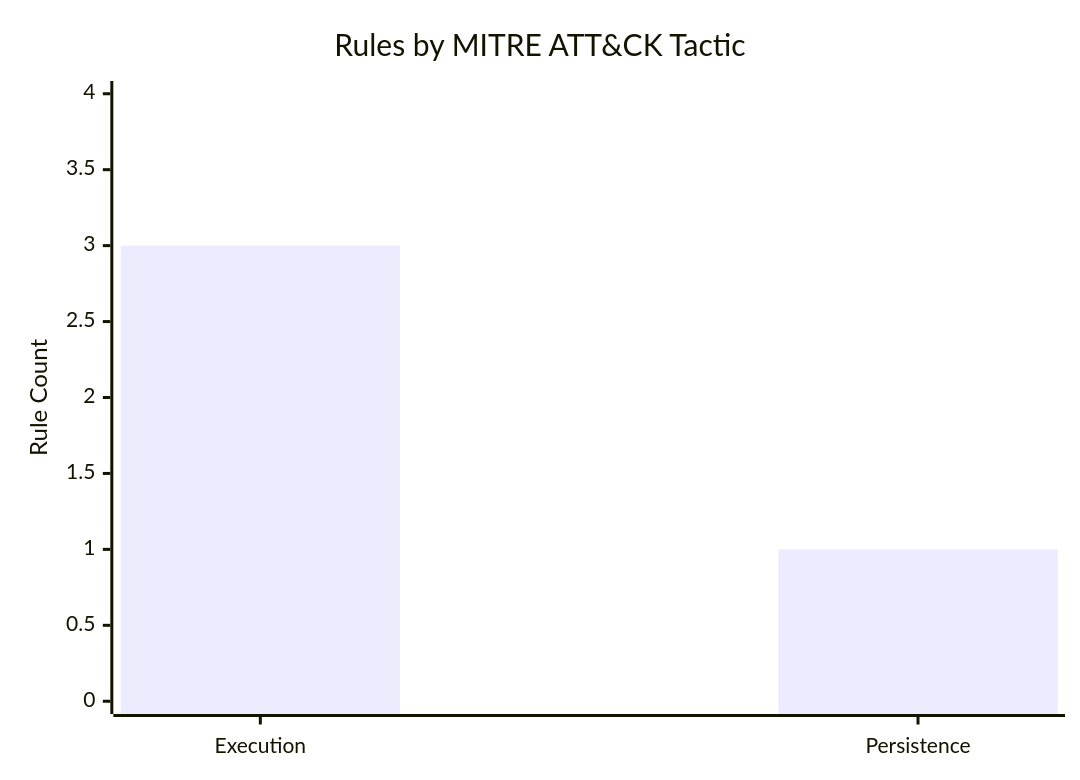
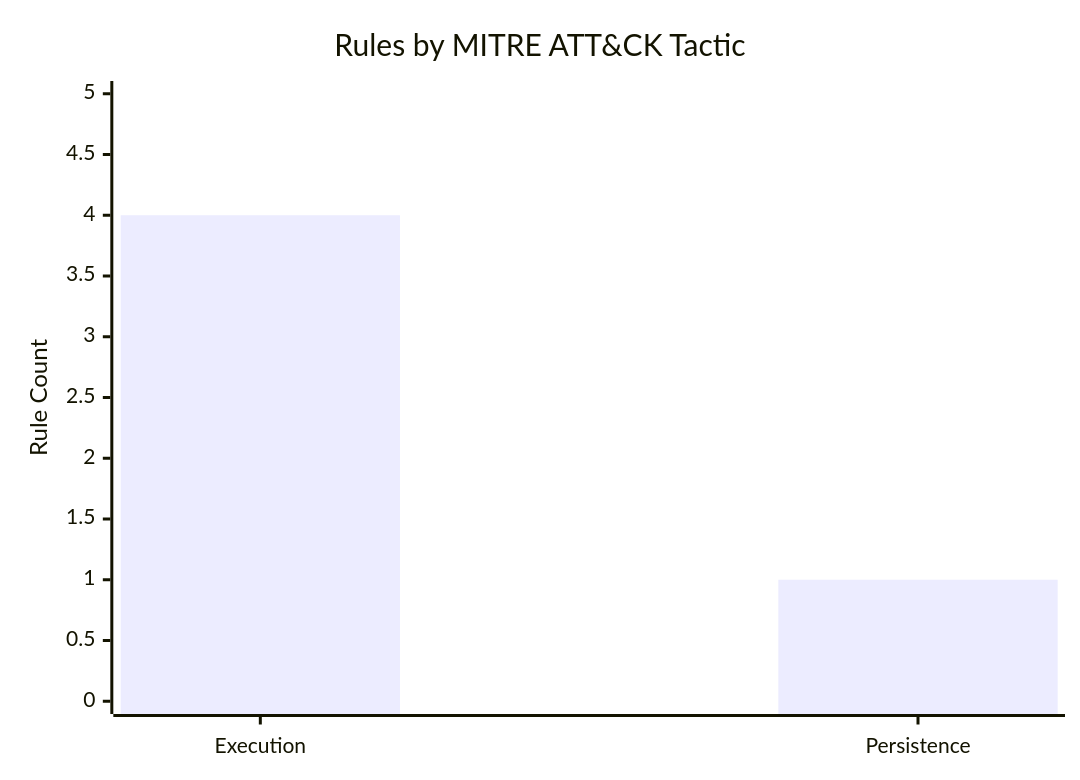
The third of 3 diagrams in README.md (martonbence/Detection-Engineering), drawn with Mermaid before and after one commit. The commit also changed other lines of this file and 3 other files, not shown here.

````diff
--- a/README.md
+++ b/README.md
@@ -23,7 +23,7 @@
 ```mermaid
 xychart-beta
     title "Rules by MITRE ATT&CK Tactic"
     x-axis ["Execution", "Persistence"]
-    y-axis "Rule Count" 0 --> 4
-    bar [3, 1]
+    y-axis "Rule Count" 0 --> 5
+    bar [4, 1]
 ```
````
